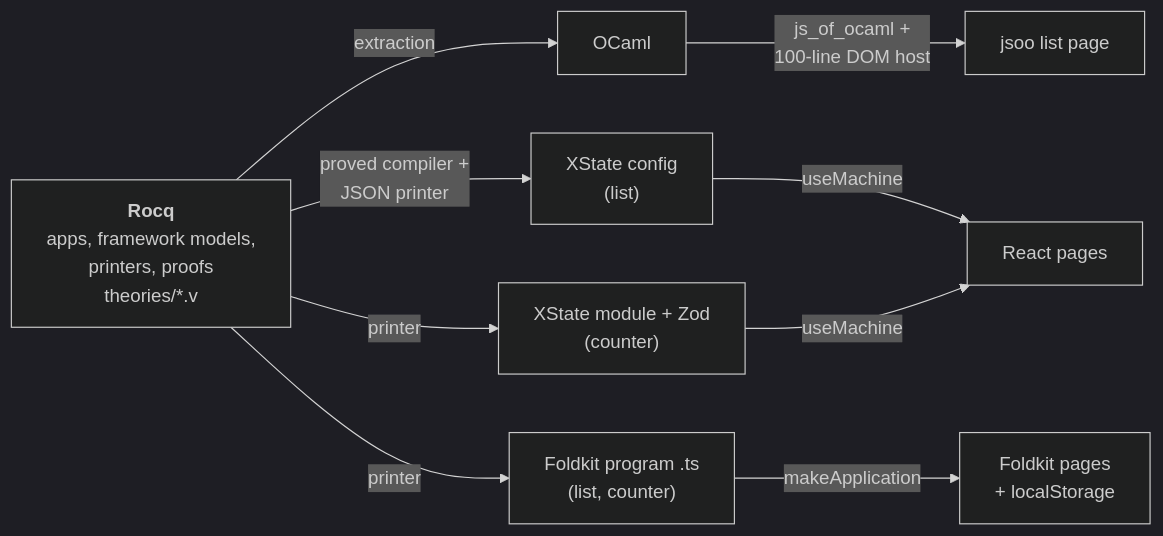
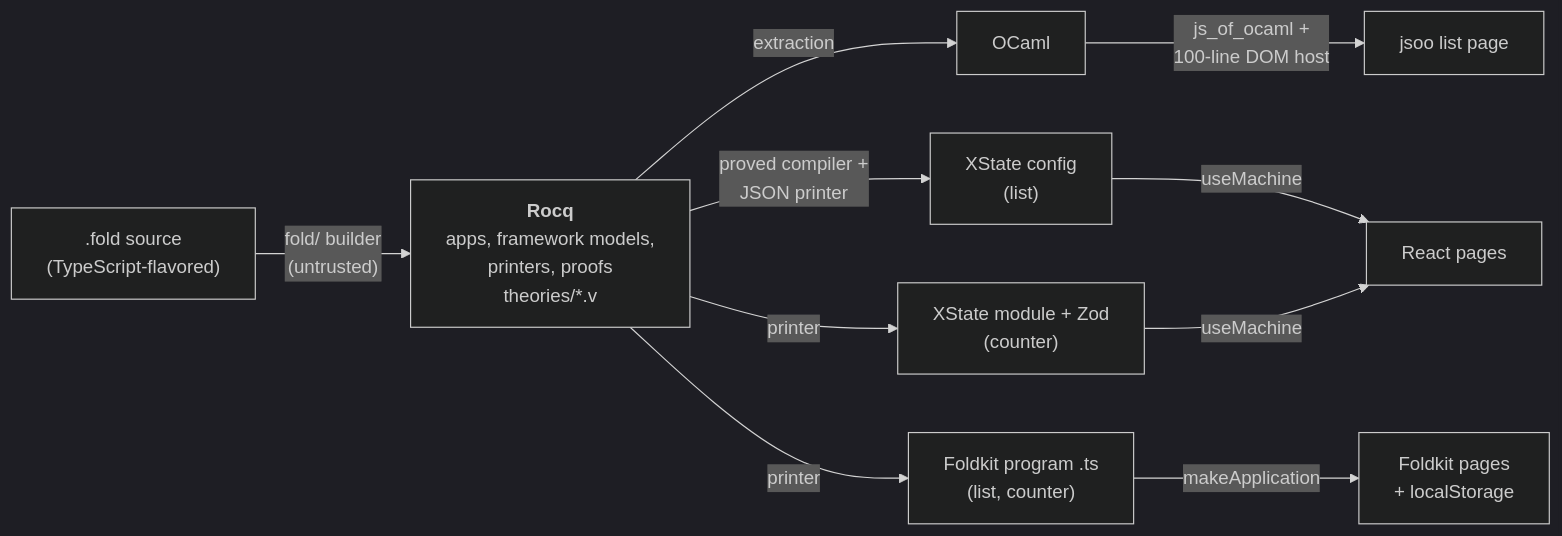
One commit to rickono/verified-list-ui changed the diagram in README.md. Above: the diagram before and after it, drawn with Mermaid (dark theme). The commit also changed other lines of this file and 36 other files, not shown here.

````diff
--- a/README.md
+++ b/README.md
@@ -18,12 +18,13 @@
 ```mermaid
 flowchart LR
   spec["<b>Rocq</b><br/>apps, framework models,<br/>printers, proofs<br/>theories/*.v"]
   spec -- "extraction" --> ml["OCaml"]
   ml -- "js_of_ocaml +<br/>100-line DOM host" --> jsoo["jsoo list page"]
   spec -- "proved compiler +<br/>JSON printer" --> xs["XState config<br/>(list)"]
   spec -- "printer" --> xc["XState module + Zod<br/>(counter)"]
   xs -- "useMachine" --> react["React pages"]
   xc -- "useMachine" --> react
   spec -- "printer" --> fk["Foldkit program .ts<br/>(list, counter)"]
   fk -- "makeApplication" --> fkweb["Foldkit pages<br/>+ localStorage"]
+  fold[".fold source<br/>(TypeScript-flavored)"] -- "fold/ builder<br/>(untrusted)" --> spec
 ```
````
